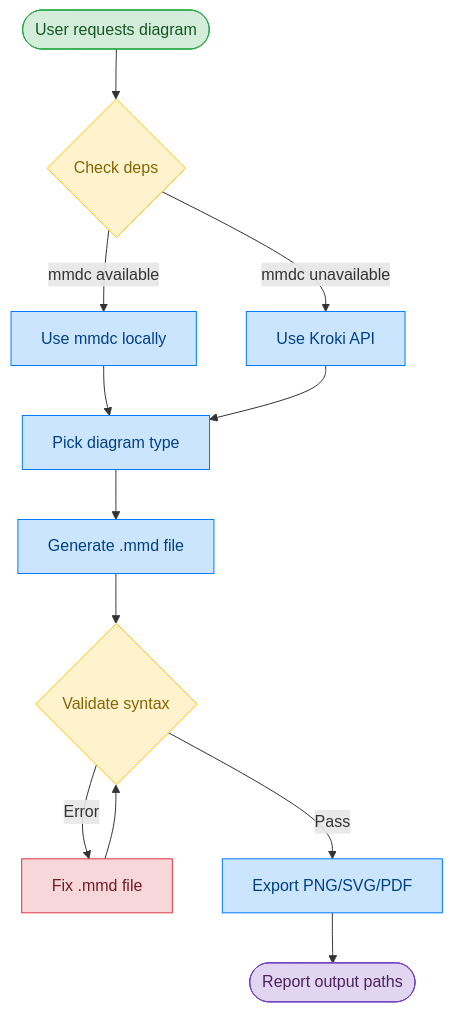
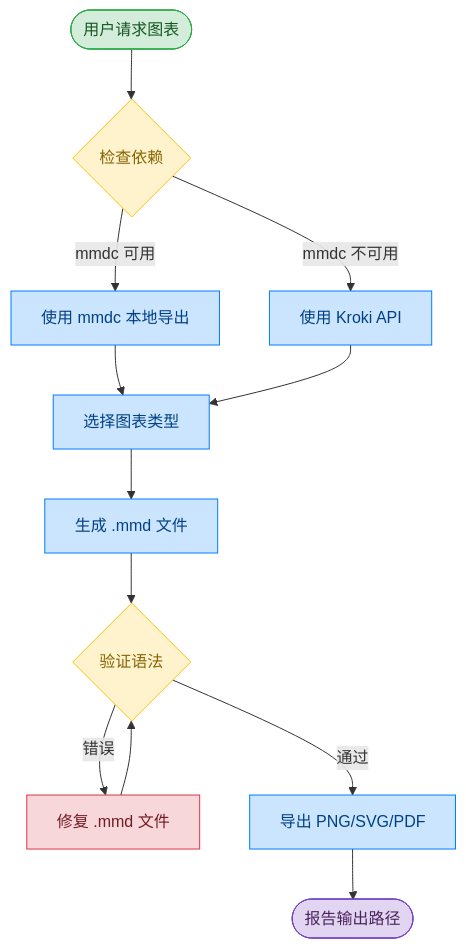
Before and after one commit to Agents365-ai/mermaid-skill: the diagram in README.md, drawn with Mermaid. The commit also changed other lines of this file and 1 other file, not shown here.

````diff
--- a/README.md
+++ b/README.md
@@ -120,20 +116,20 @@
 ```mermaid
 flowchart TD
-  Start([User requests diagram]):::input --> CheckDeps{Check deps}:::decision
-  CheckDeps -->|mmdc available| UseMmdc[Use mmdc locally]:::process
-  CheckDeps -->|mmdc unavailable| UseKroki[Use Kroki API]:::process
+  Start([用户请求图表]):::input --> CheckDeps{检查依赖}:::decision
+  CheckDeps -->|mmdc 可用| UseMmdc[使用 mmdc 本地导出]:::process
+  CheckDeps -->|mmdc 不可用| UseKroki[使用 Kroki API]:::process
   UseMmdc --> PickType
   UseKroki --> PickType
-  PickType[Pick diagram type]:::process --> Generate[Generate .mmd file]:::process
-  Generate --> Validate{Validate syntax}:::decision
-  Validate -->|Error| Fix[Fix .mmd file]:::warning
+  PickType[选择图表类型]:::process --> Generate[生成 .mmd 文件]:::process
+  Generate --> Validate{验证语法}:::decision
+  Validate -->|错误| Fix[修复 .mmd 文件]:::warning
   Fix --> Validate
-  Validate -->|Pass| Export[Export PNG/SVG/PDF]:::process
-  Export --> Report([Report output paths]):::output
+  Validate -->|通过| Export[导出 PNG/SVG/PDF]:::process
+  Export --> Report([报告输出路径]):::output
 
   classDef input fill:#d4edda,stroke:#28a745,color:#155724
   classDef process fill:#cce5ff,stroke:#007bff,color:#004085
   classDef decision fill:#fff3cd,stroke:#ffc107,color:#856404
   classDef warning fill:#f8d7da,stroke:#dc3545,color:#721c24
   classDef output fill:#e2d5f1,stroke:#6f42c1,color:#4a235a
 ```
````
